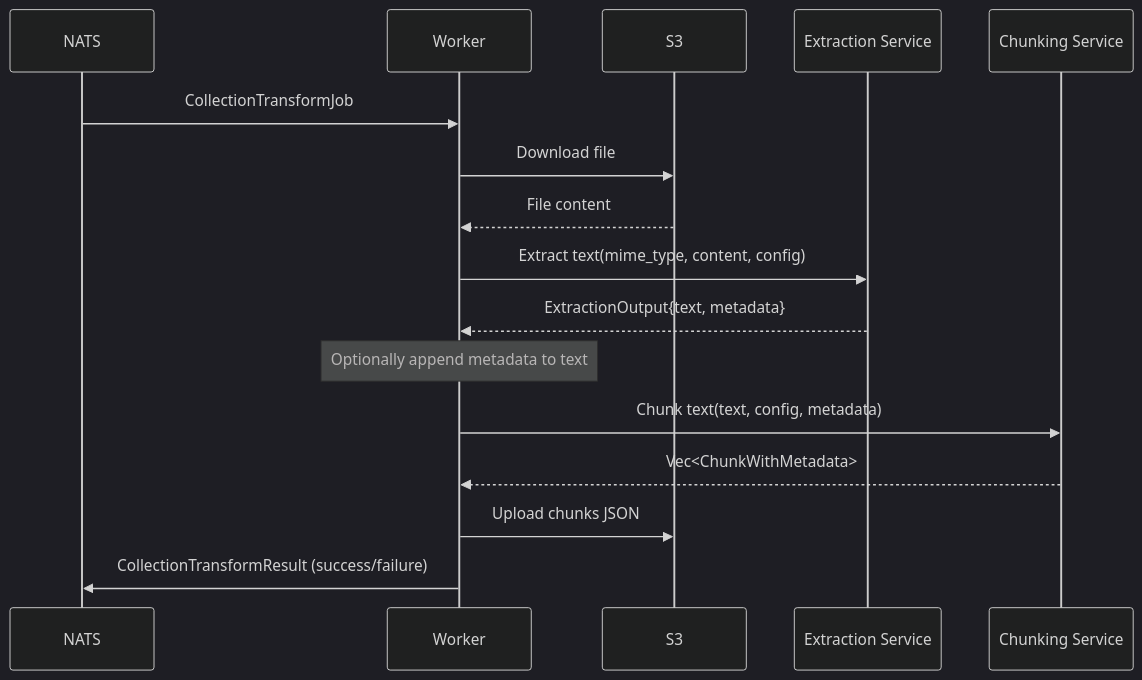
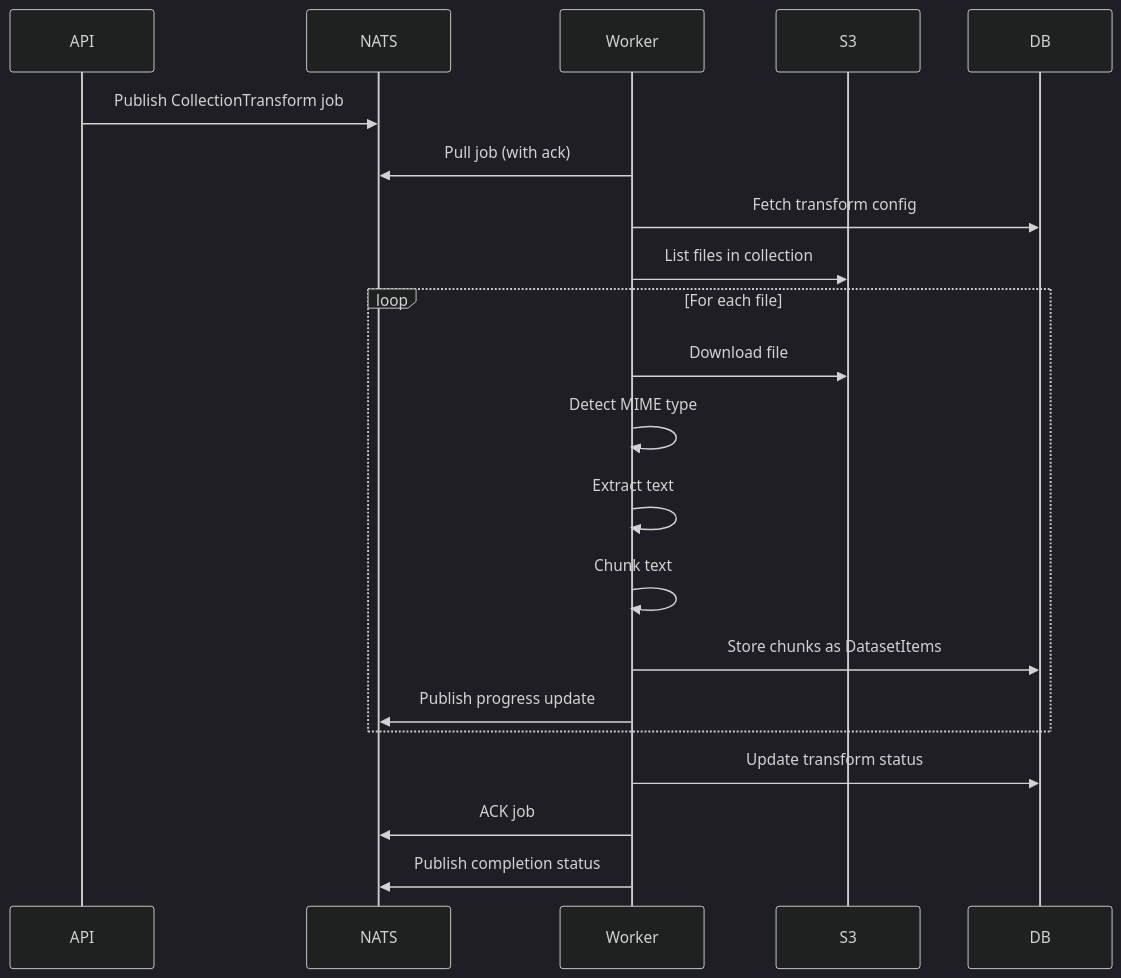
One commit to FishySoftware/semantic-explorer changed the second of 2 diagrams in crates/worker-collections/README.md. Above: the diagram before and after it, drawn with Mermaid (dark theme). The commit also changed other lines of this file and 50 other files, not shown here.

````diff
--- a/crates/worker-collections/README.md
+++ b/crates/worker-collections/README.md
@@ -379,23 +606,26 @@
 ```mermaid
 sequenceDiagram
+    participant API
     participant NATS
     participant Worker
     participant S3
-    participant Extract as Extraction Service
-    participant Chunk as Chunking Service
+    participant DB
 
-    NATS->>Worker: CollectionTransformJob
-    Worker->>S3: Download file
-    S3-->>Worker: File content
+    API->>NATS: Publish CollectionTransform job
+    Worker->>NATS: Pull job (with ack)
+    Worker->>DB: Fetch transform config
+    Worker->>S3: List files in collection
 
-    Worker->>Extract: Extract text(mime_type, content, config)
-    Extract-->>Worker: ExtractionOutput{text, metadata}
+    loop For each file
+        Worker->>S3: Download file
+        Worker->>Worker: Detect MIME type
+        Worker->>Worker: Extract text
+        Worker->>Worker: Chunk text
+        Worker->>DB: Store chunks as DatasetItems
+        Worker->>NATS: Publish progress update
+    end
 
-    Note over Worker: Optionally append metadata to text
-
-    Worker->>Chunk: Chunk text(text, config, metadata)
-    Chunk-->>Worker: Vec<ChunkWithMetadata>
-
-    Worker->>S3: Upload chunks JSON
-    Worker->>NATS: CollectionTransformResult (success/failure)
+    Worker->>DB: Update transform status
+    Worker->>NATS: ACK job
+    Worker->>NATS: Publish completion status
 ```
````
